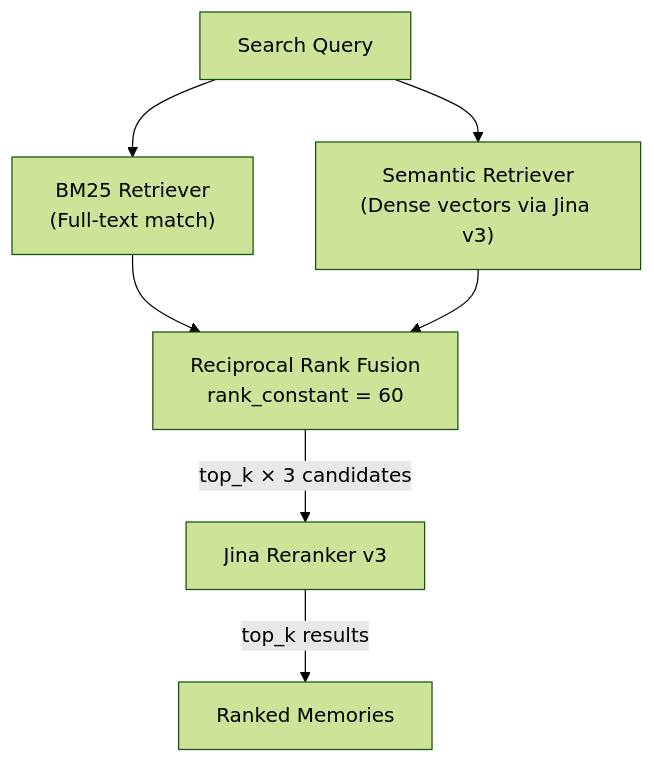
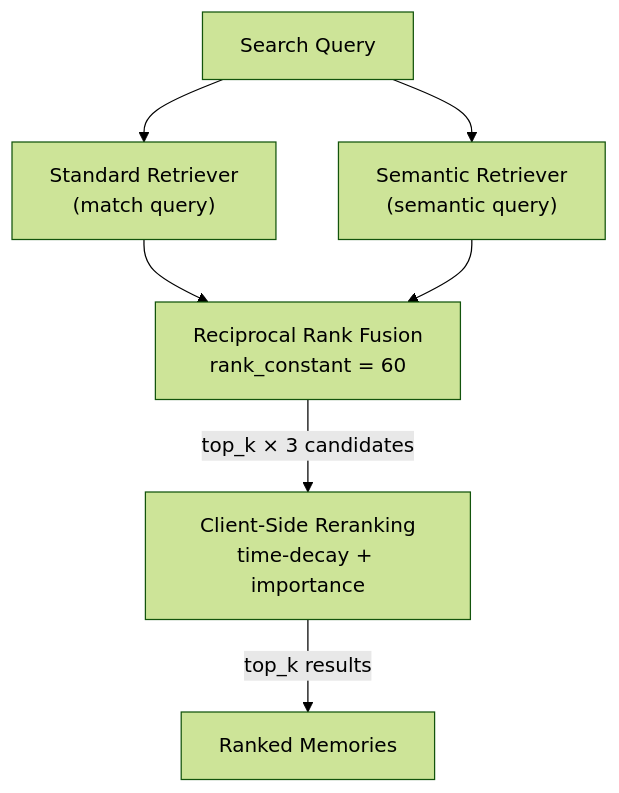
Before and after one commit to lord-skinner/skinnerdev: the third of 3 diagrams in src/content/blog/building-agent-framework-part-1.md, drawn with Mermaid (forest theme). The commit also changed other lines of this file, not shown here.

````diff
--- a/src/content/blog/building-agent-framework-part-1.md
+++ b/src/content/blog/building-agent-framework-part-1.md
@@ -210,13 +210,13 @@
 ```mermaid
 flowchart TD
     Q["Search Query"]
 
-    Q --> BM25["BM25 Retriever\n(Full-text match)"]
-    Q --> SEM["Semantic Retriever\n(Dense vectors via Jina v3)"]
+    Q --> STD["Standard Retriever\n(match query)"]
+    Q --> SEM["Semantic Retriever\n(semantic query)"]
 
-    BM25 --> RRF["Reciprocal Rank Fusion\nrank_constant = 60"]
+    STD --> RRF["Reciprocal Rank Fusion\nrank_constant = 60"]
     SEM --> RRF
 
-    RRF -->|"top_k × 3 candidates"| RR["Jina Reranker v3"]
+    RRF -->|"top_k × 3 candidates"| RR["Client-Side Reranking\ntime-decay + importance"]
     RR -->|"top_k results"| OUT["Ranked Memories"]
 ```
````
